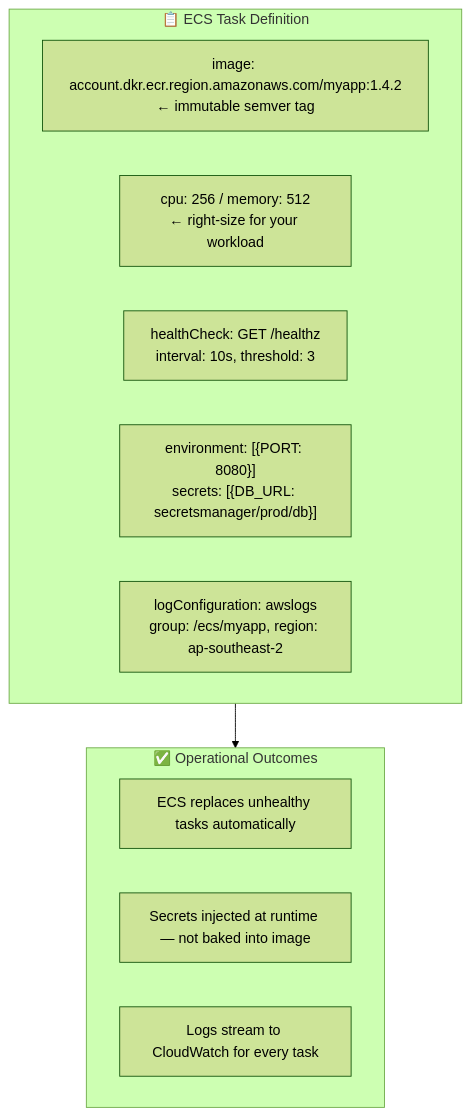
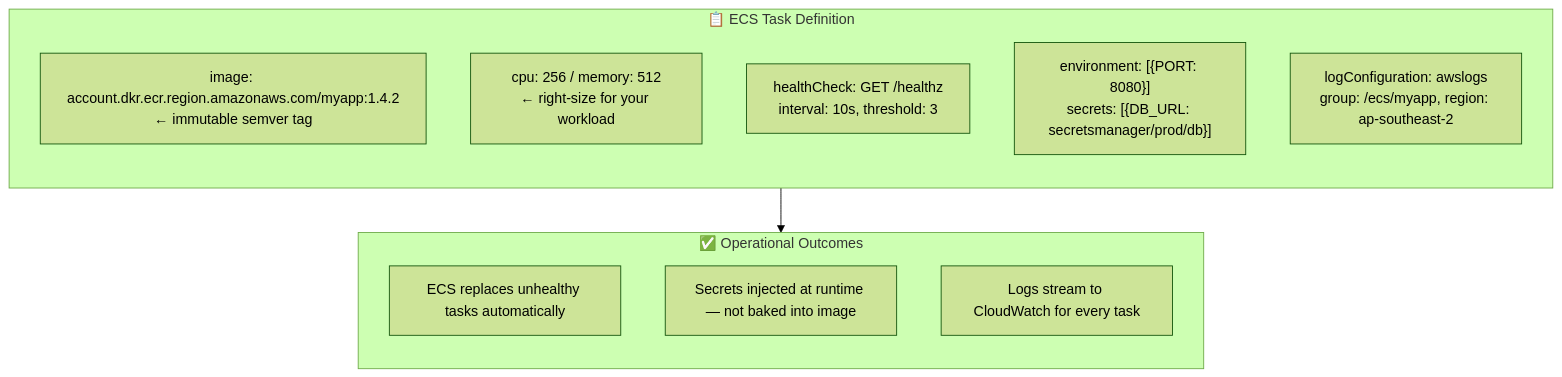
Before and after one commit to romangurevitch/GoTraining: the sixth of 6 diagrams in internal/fundamentals/api-lifecycle-and-deployment/04-cloud-deployment.md, drawn with Mermaid (forest theme). The commit also changed other lines of this file and 20 other files, not shown here.

````diff
--- a/internal/fundamentals/api-lifecycle-and-deployment/04-cloud-deployment.md
+++ b/internal/fundamentals/api-lifecycle-and-deployment/04-cloud-deployment.md
@@ -144,18 +157,20 @@
 ```mermaid
-graph TB
+graph TD
     subgraph TaskDef["📋 ECS Task Definition"]
+        direction TB
         T1["image: account.dkr.ecr.region.amazonaws.com/myapp:1.4.2<br/>← immutable semver tag"]
         T2["cpu: 256 / memory: 512<br/>← right-size for your workload"]
         T3["healthCheck: GET /healthz<br/>interval: 10s, threshold: 3"]
         T4["environment: [{PORT: 8080}]<br/>secrets: [{DB_URL: secretsmanager/prod/db}]"]
         T5["logConfiguration: awslogs<br/>group: /ecs/myapp, region: ap-southeast-2"]
     end
 
+    TaskDef --> Ops
+
     subgraph Ops["✅ Operational Outcomes"]
+        direction TB
         O1["ECS replaces unhealthy tasks automatically"]
         O2["Secrets injected at runtime — not baked into image"]
         O3["Logs stream to CloudWatch for every task"]
     end
-
-    TaskDef --> Ops
 ```
````
